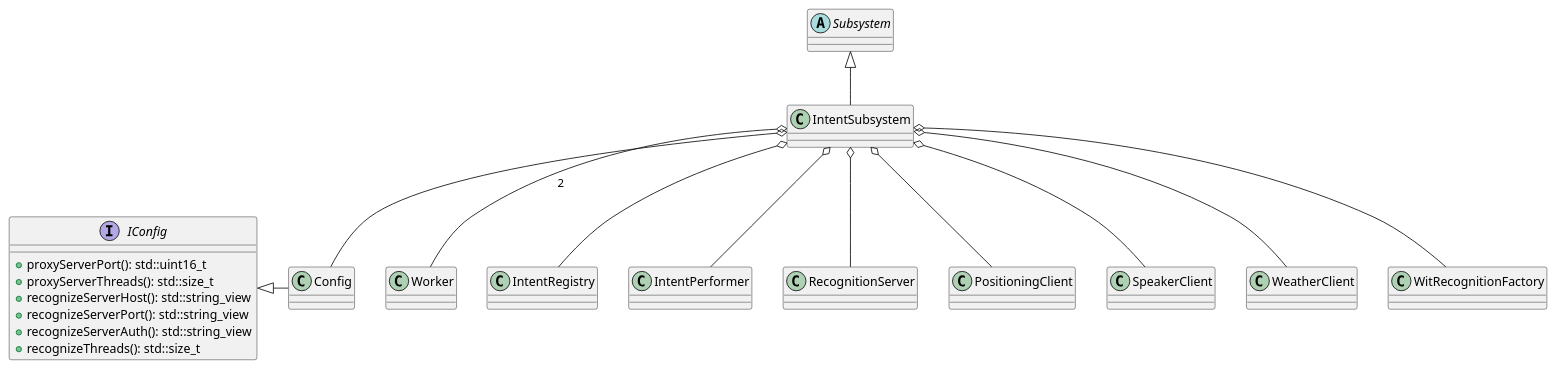
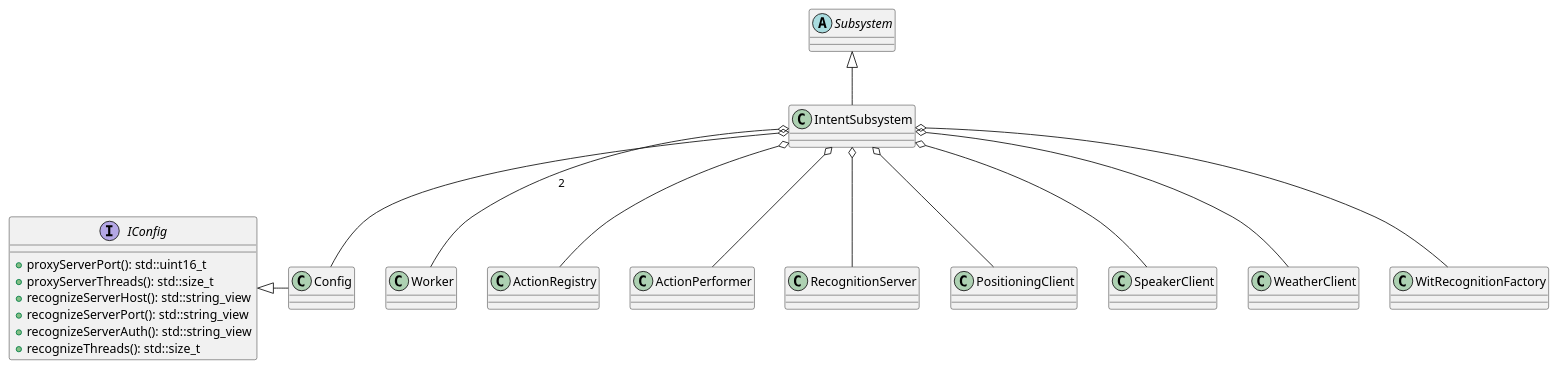
One commit to denoming/rintento changed the second of 9 diagrams in src/intent/doc/intent.md. Above: the diagram before and after it, drawn with PlantUML. The commit also changed other lines of this file and 39 other files, not shown here.

````diff
--- a/src/intent/doc/intent.md
+++ b/src/intent/doc/intent.md
@@ -62,29 +63,29 @@
 ```plantuml
 @startuml
 
 abstract class Subsystem
 
 interface IConfig {
     +proxyServerPort(): std::uint16_t
     +proxyServerThreads(): std::size_t
     +recognizeServerHost(): std::string_view
     +recognizeServerPort(): std::string_view
     +recognizeServerAuth(): std::string_view
     +recognizeThreads(): std::size_t
 }
 
 Subsystem <|-- IntentSubsystem
 IConfig <|- Config
 
 IntentSubsystem o-- Worker : 2
 IntentSubsystem o-- Config
-IntentSubsystem o-- IntentRegistry
-IntentSubsystem o-- IntentPerformer
+IntentSubsystem o-- ActionRegistry
+IntentSubsystem o-- ActionPerformer
 IntentSubsystem o-- RecognitionServer
 IntentSubsystem o-- PositioningClient
 IntentSubsystem o-- SpeakerClient
 IntentSubsystem o-- WeatherClient
 IntentSubsystem o-- WitRecognitionFactory
 
 @enduml
 ```
````
